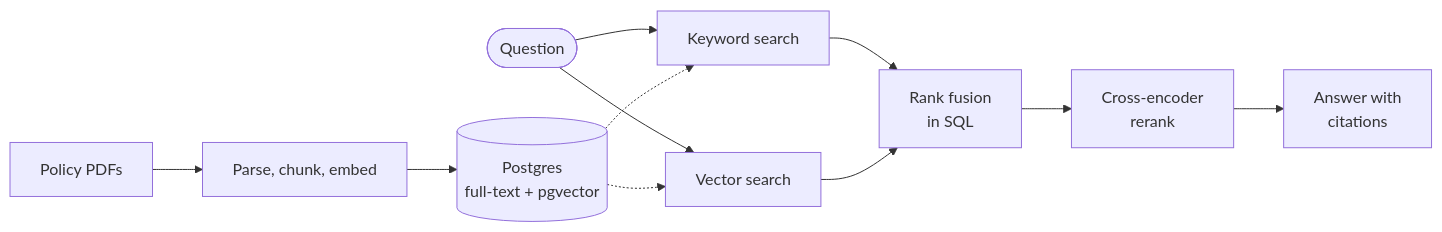
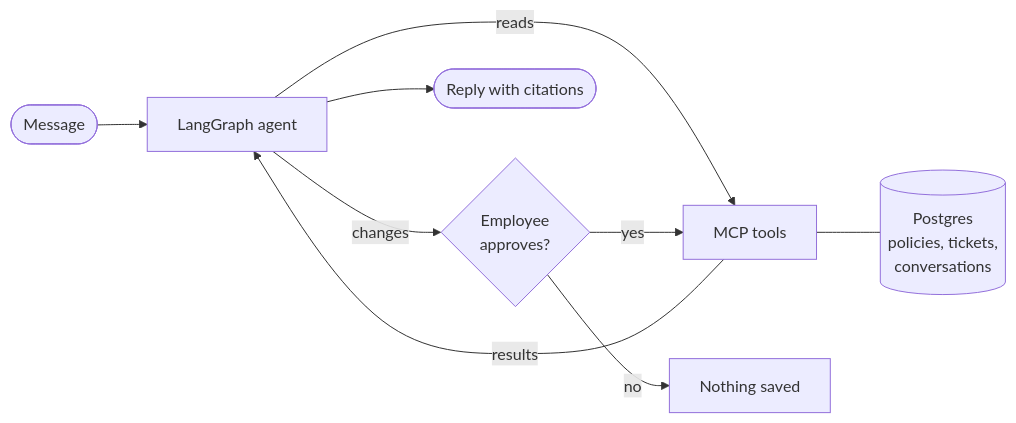
The diagram in README.md (PriyamKeshri/Support-Assistant), drawn with Mermaid before and after one commit. The commit also changed other lines of this file and 22 other files, not shown here.

````diff
--- a/README.md
+++ b/README.md
@@ -30,7 +32,11 @@
 ```mermaid
 flowchart LR
-    PDF[Policy PDFs] --> ING[Parse, chunk, embed] --> DB[(Postgres<br/>full-text + pgvector)]
-    Q([Question]) --> KW[Keyword search] & VEC[Vector search]
-    DB -.-> KW & VEC
-    KW & VEC --> RRF[Rank fusion<br/>in SQL] --> RR[Cross-encoder<br/>rerank] --> ANS[Answer with<br/>citations]
+    M([Message]) --> AG[LangGraph agent]
+    AG -->|reads| T[MCP tools]
+    AG -->|changes| AP{Employee<br/>approves?}
+    AP -->|yes| T
+    AP -->|no| NO[Nothing saved]
+    T -->|results| AG
+    T --- DB[(Postgres<br/>policies, tickets,<br/>conversations)]
+    AG --> R([Reply with citations])
 ```
````
